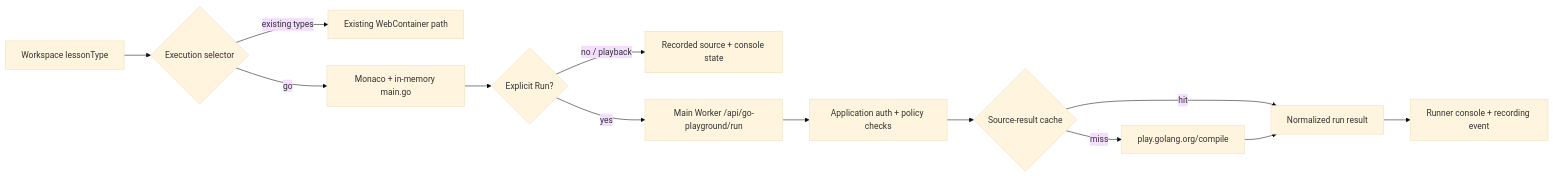
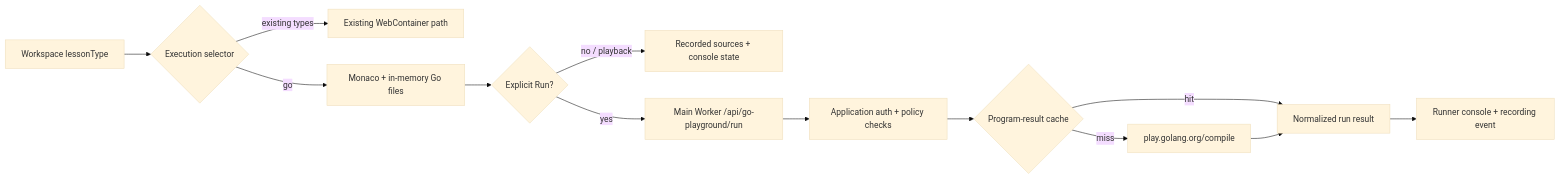
Before and after one commit to channyeintun/next-editor: the diagram in docs/go-lessons-selective-runtime-plan.md, drawn with Mermaid (base theme). The commit also changed other lines of this file and 11 other files, not shown here.

````diff
--- a/docs/go-lessons-selective-runtime-plan.md
+++ b/docs/go-lessons-selective-runtime-plan.md
@@ -181,15 +182,15 @@
 ```mermaid
 flowchart LR
     Lesson[Workspace lessonType] --> Select{Execution selector}
     Select -->|existing types| WC[Existing WebContainer path]
-    Select -->|go| Local[Monaco + in-memory main.go]
+    Select -->|go| Local[Monaco + in-memory Go files]
     Local --> Intent{Explicit Run?}
-    Intent -->|no / playback| Recorded[Recorded source + console state]
+    Intent -->|no / playback| Recorded[Recorded sources + console state]
     Intent -->|yes| Route[Main Worker /api/go-playground/run]
     Route --> Auth[Application auth + policy checks]
-    Auth --> Cache{Source-result cache}
+    Auth --> Cache{Program-result cache}
     Cache -->|hit| Result[Normalized run result]
     Cache -->|miss| API[play.golang.org/compile]
     API --> Result
     Result --> Console[Runner console + recording event]
 ```
````
